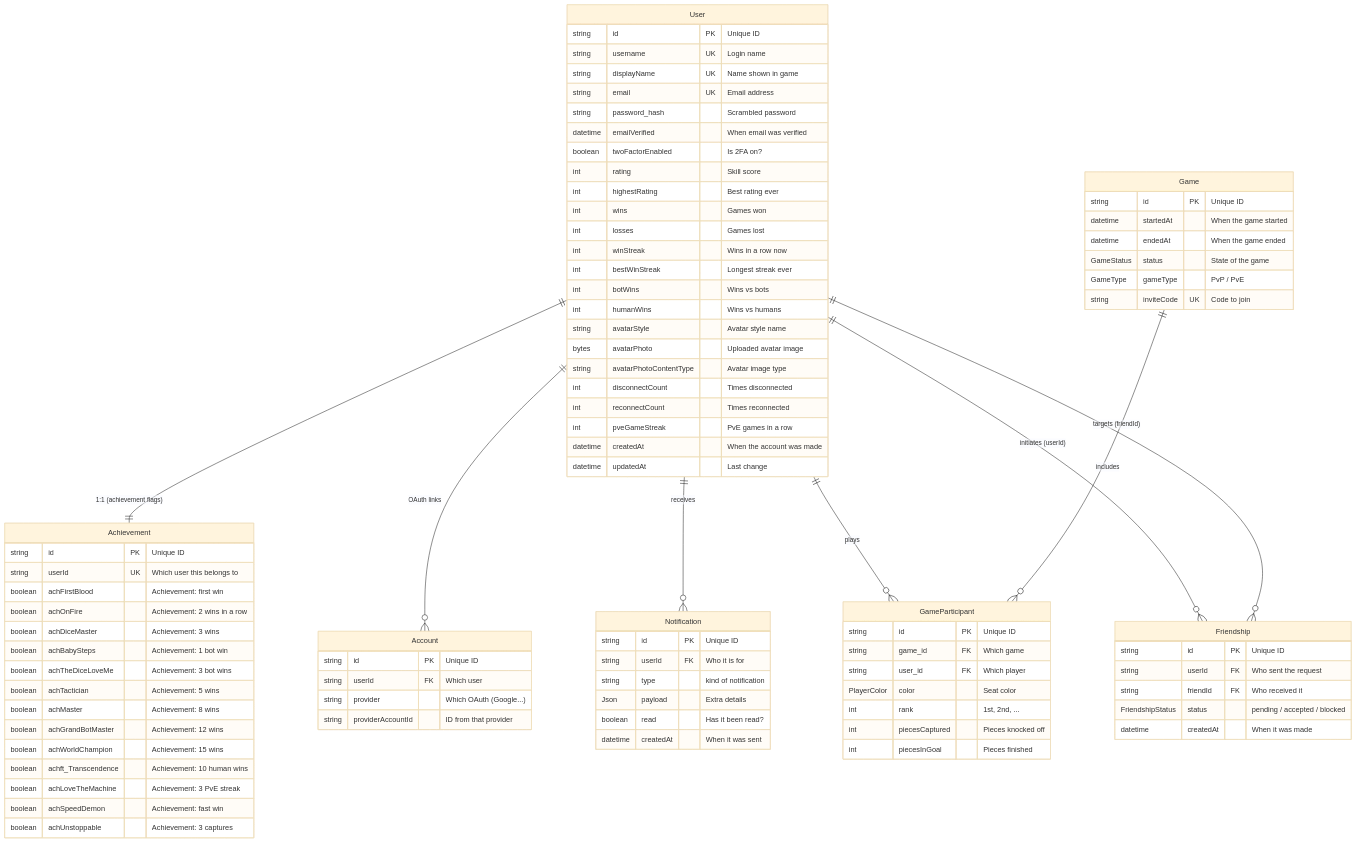
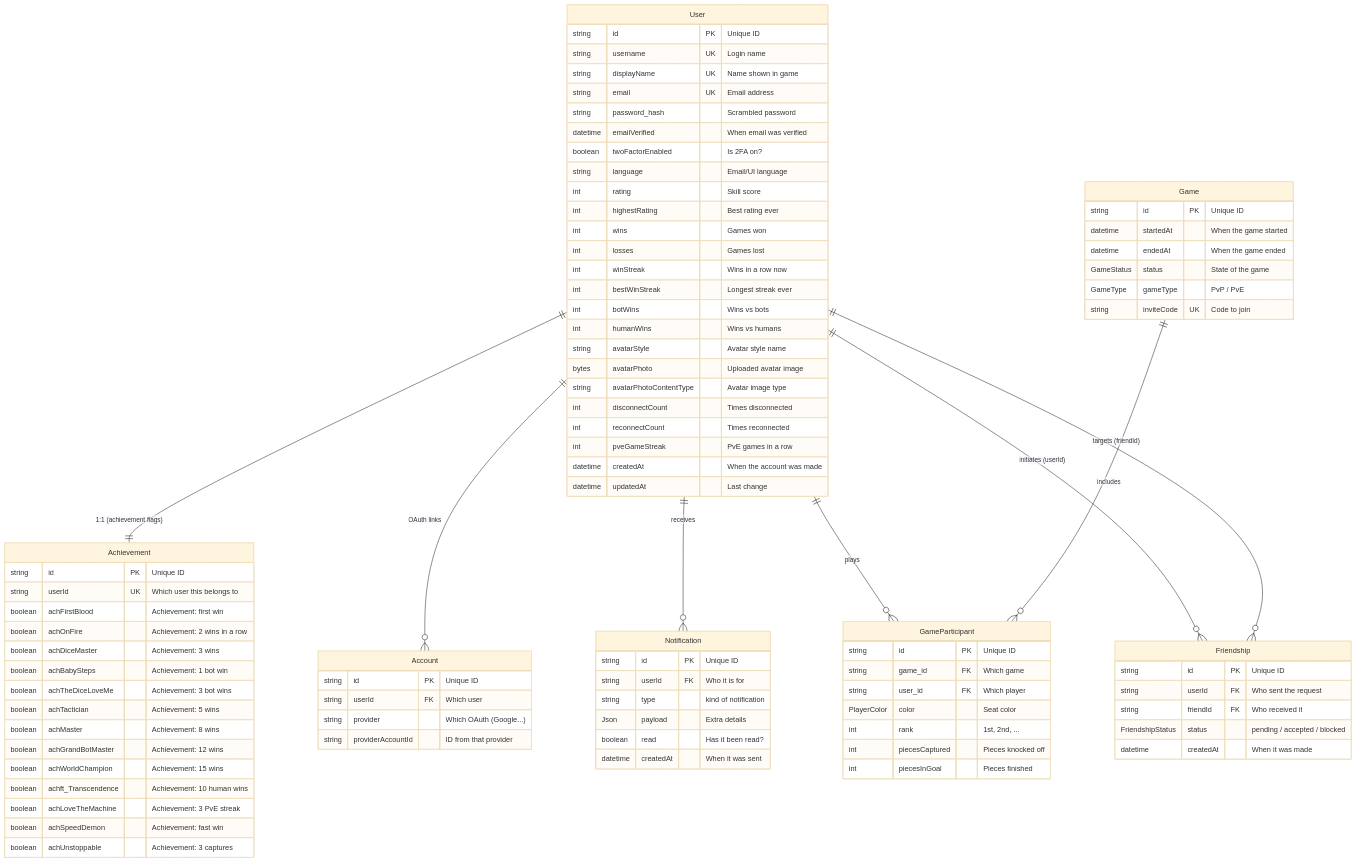
One commit to J00ZzZ/ft_transcendence changed the diagram in docs/backend/backend-database-schema-system.md. Above: the diagram before and after it, drawn with Mermaid (base theme). The commit also changed other lines of this file and 16 other files, not shown here.

```diff
--- a/docs/backend/backend-database-schema-system.md
+++ b/docs/backend/backend-database-schema-system.md
@@ -299,6 +302,7 @@
         string password_hash "Scrambled password"
         datetime emailVerified "When email was verified"
         boolean twoFactorEnabled "Is 2FA on?"
+        string language "Email/UI language"
         int rating "Skill score"
         int highestRating "Best rating ever"
         int wins "Games won"
```
